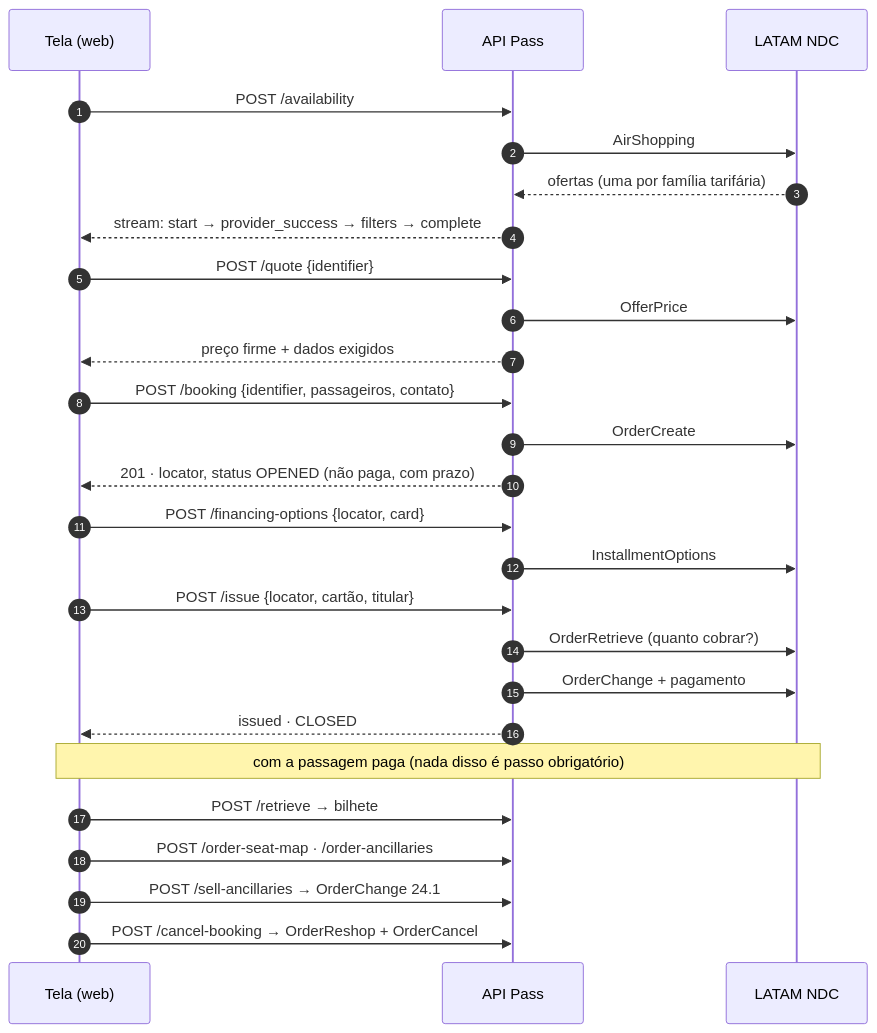
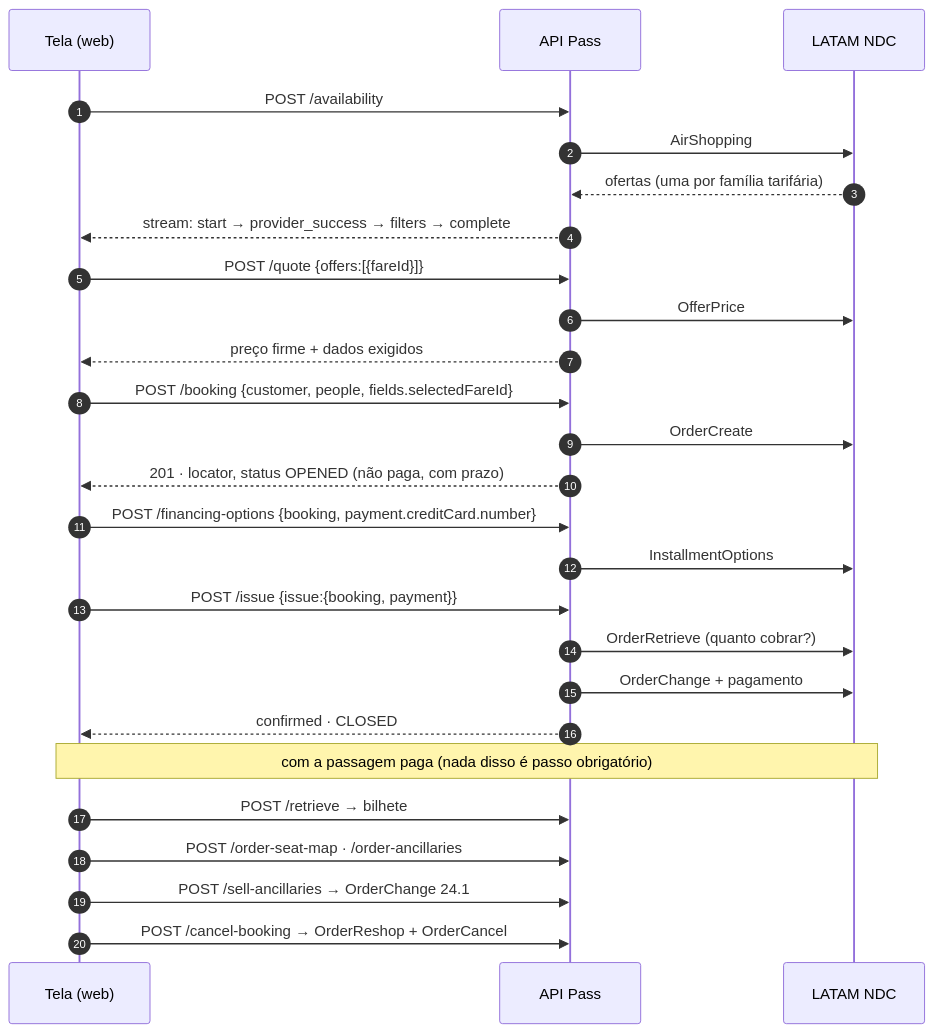
Before and after one commit to geisongomsdev/Travel-Fusion: the diagram in docs/latam/rotas.md, drawn with Mermaid. The commit also changed other lines of this file and 41 other files, not shown here.

````diff
--- a/docs/latam/rotas.md
+++ b/docs/latam/rotas.md
@@ -47,33 +47,33 @@
 ```mermaid
 sequenceDiagram
     autonumber
     participant T as Tela (web)
     participant A as API Pass
     participant L as LATAM NDC
 
     T->>A: POST /availability
     A->>L: AirShopping
     L-->>A: ofertas (uma por família tarifária)
     A-->>T: stream: start → provider_success → filters → complete
 
-    T->>A: POST /quote {identifier}
+    T->>A: POST /quote {offers:[{fareId}]}
     A->>L: OfferPrice
     A-->>T: preço firme + dados exigidos
 
-    T->>A: POST /booking {identifier, passageiros, contato}
+    T->>A: POST /booking {customer, people, fields.selectedFareId}
     A->>L: OrderCreate
     A-->>T: 201 · locator, status OPENED (não paga, com prazo)
 
-    T->>A: POST /financing-options {locator, card}
+    T->>A: POST /financing-options {booking, payment.creditCard.number}
     A->>L: InstallmentOptions
-    T->>A: POST /issue {locator, cartão, titular}
+    T->>A: POST /issue {issue:{booking, payment}}
     A->>L: OrderRetrieve (quanto cobrar?)
     A->>L: OrderChange + pagamento
-    A-->>T: issued · CLOSED
+    A-->>T: confirmed · CLOSED
 
     Note over T,L: com a passagem paga (nada disso é passo obrigatório)
     T->>A: POST /retrieve → bilhete
     T->>A: POST /order-seat-map · /order-ancillaries
     T->>A: POST /sell-ancillaries → OrderChange 24.1
     T->>A: POST /cancel-booking → OrderReshop + OrderCancel
 ```
````
